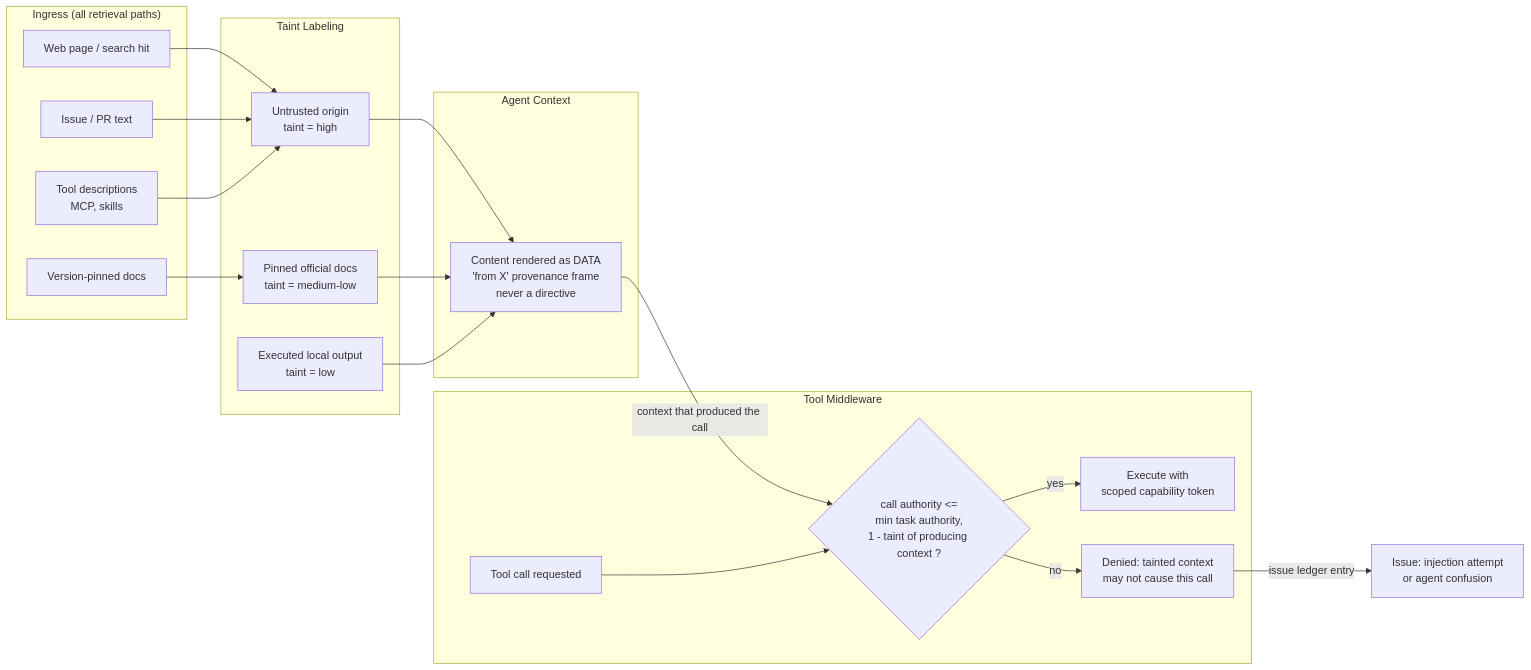
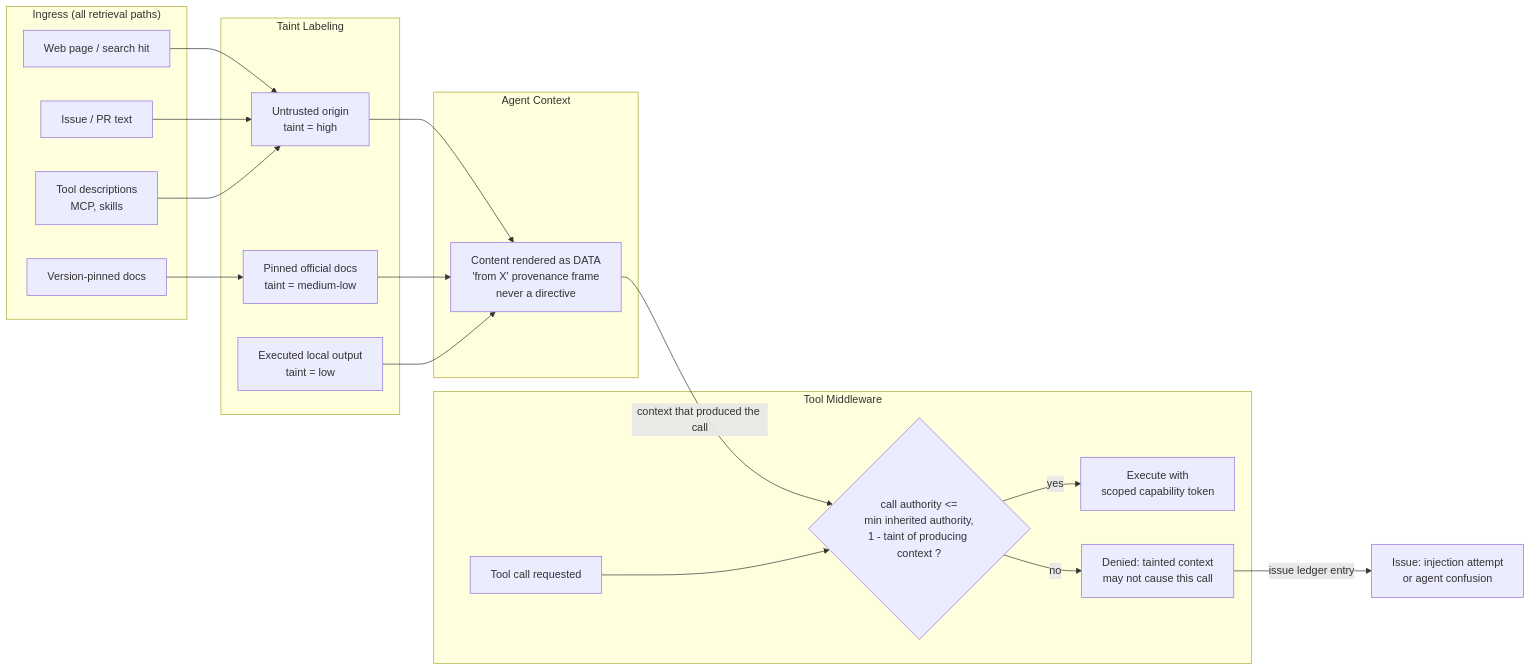
Before and after one commit to sandeshwar/super: the diagram in docs/diagrams/taint-capability.md, drawn with Mermaid. The commit also changed 60 other files, not shown here.

````diff
--- a/docs/diagrams/taint-capability.md
+++ b/docs/diagrams/taint-capability.md
@@ -3,40 +3,40 @@
 ```mermaid
 flowchart LR
     subgraph IN["Ingress (all retrieval paths)"]
         WEB[Web page / search hit]
         DOC[Version-pinned docs]
         ISS[Issue / PR text]
         TOOLD[Tool descriptions<br/>MCP, skills]
     end
 
     subgraph LABEL["Taint Labeling"]
         L1[Untrusted origin<br/>taint = high]
         L2[Pinned official docs<br/>taint = medium-low]
         L3[Executed local output<br/>taint = low]
     end
 
     subgraph CTX["Agent Context"]
         C[Content rendered as DATA<br/>'from X' provenance frame<br/>never a directive]
     end
 
     subgraph DISPATCH["Tool Middleware"]
         REQ[Tool call requested]
-        BOUND{"call authority <=<br/>min task authority,<br/>1 - taint of producing context ?"}
+        BOUND{"call authority <=<br/>min inherited authority,<br/>1 - taint of producing context ?"}
         OK[Execute with<br/>scoped capability token]
         DENY[Denied: tainted context<br/>may not cause this call]
     end
 
     WEB --> L1
     DOC --> L2
     ISS --> L1
     TOOLD --> L1
     L1 --> C
     L2 --> C
     L3 --> C
 
     C -->|context that produced the call| BOUND
     REQ --> BOUND
     BOUND -- yes --> OK
     BOUND -- no --> DENY
     DENY -->|issue ledger entry| IL[Issue: injection attempt<br/>or agent confusion]
 ```
````
